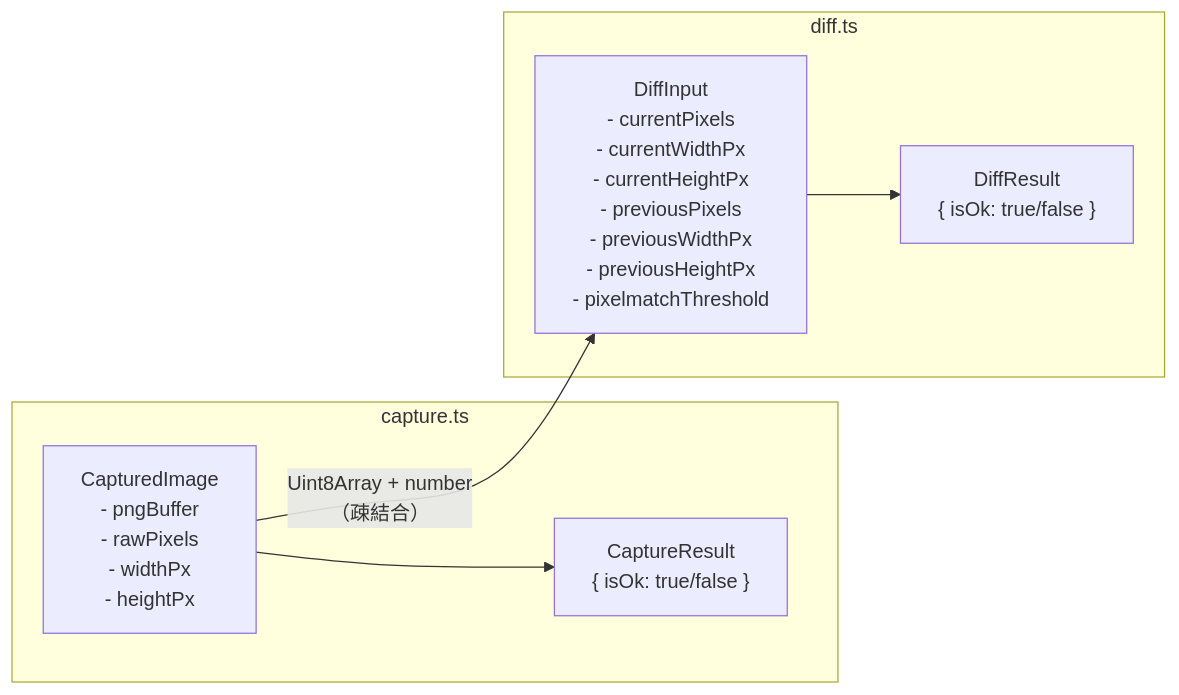
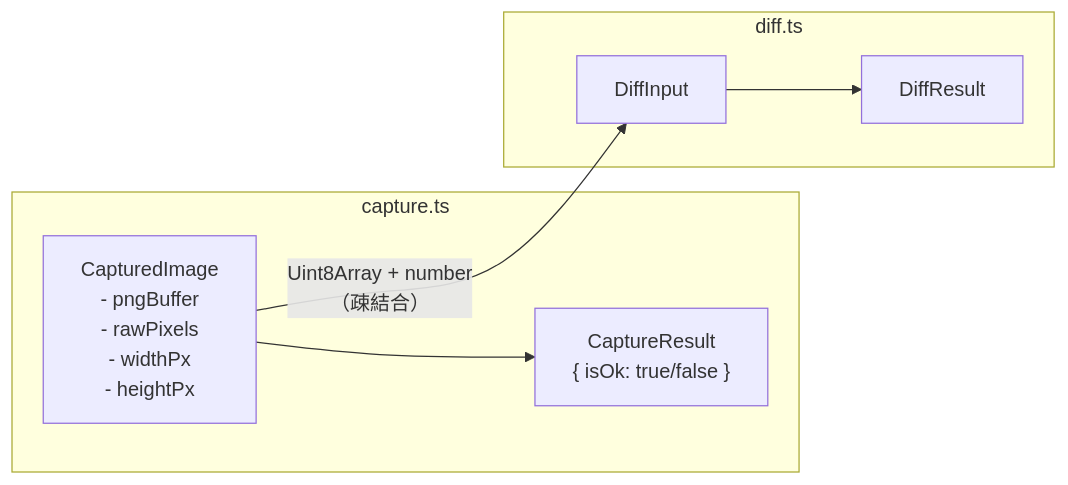
One commit to yukaorange/dcc_suport changed the fifth of 5 diagrams in docs/modules/capture-diff.md. Above: the diagram before and after it, drawn with Mermaid. The commit also changed other lines of this file and 10 other files, not shown here.

````diff
--- a/docs/modules/capture-diff.md
+++ b/docs/modules/capture-diff.md
@@ -81,16 +81,16 @@
 ```mermaid
 graph LR
   subgraph capture ["capture.ts"]
     CI["CapturedImage<br/>- pngBuffer<br/>- rawPixels<br/>- widthPx<br/>- heightPx"]
     CR["CaptureResult<br/>{ isOk: true/false }"]
     CI --> CR
   end
 
   subgraph diff ["diff.ts"]
-    DI["DiffInput<br/>- currentPixels<br/>- currentWidthPx<br/>- currentHeightPx<br/>- previousPixels<br/>- previousWidthPx<br/>- previousHeightPx<br/>- pixelmatchThreshold"]
-    DR["DiffResult<br/>{ isOk: true/false }"]
+    DI["DiffInput"]
+    DR["DiffResult"]
     DI --> DR
   end
 
   CI -->|"Uint8Array + number<br/>（疎結合）"| DI
 ```
````
